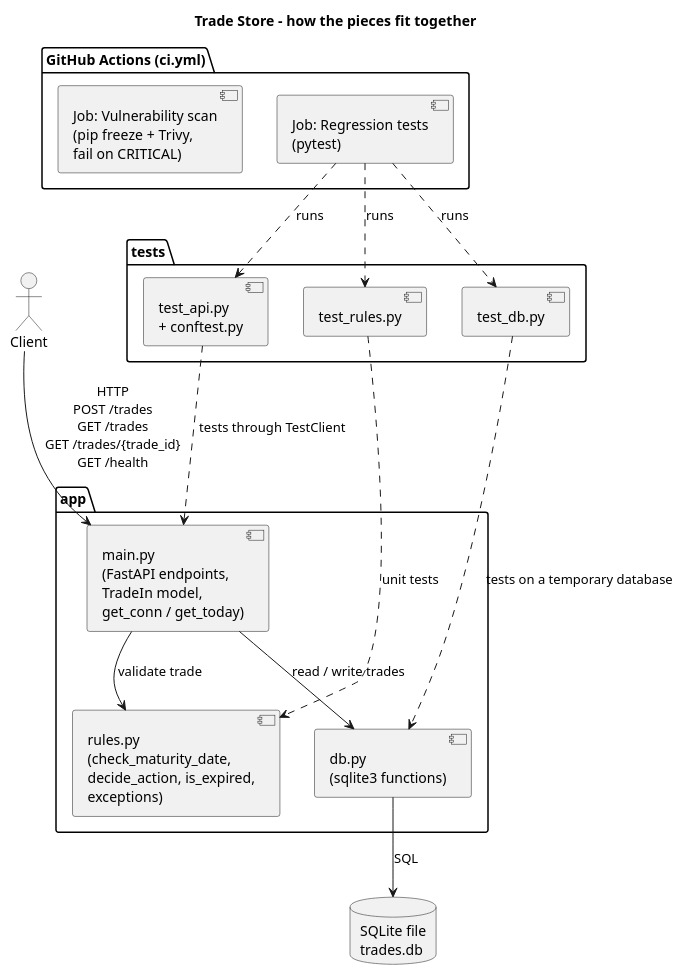
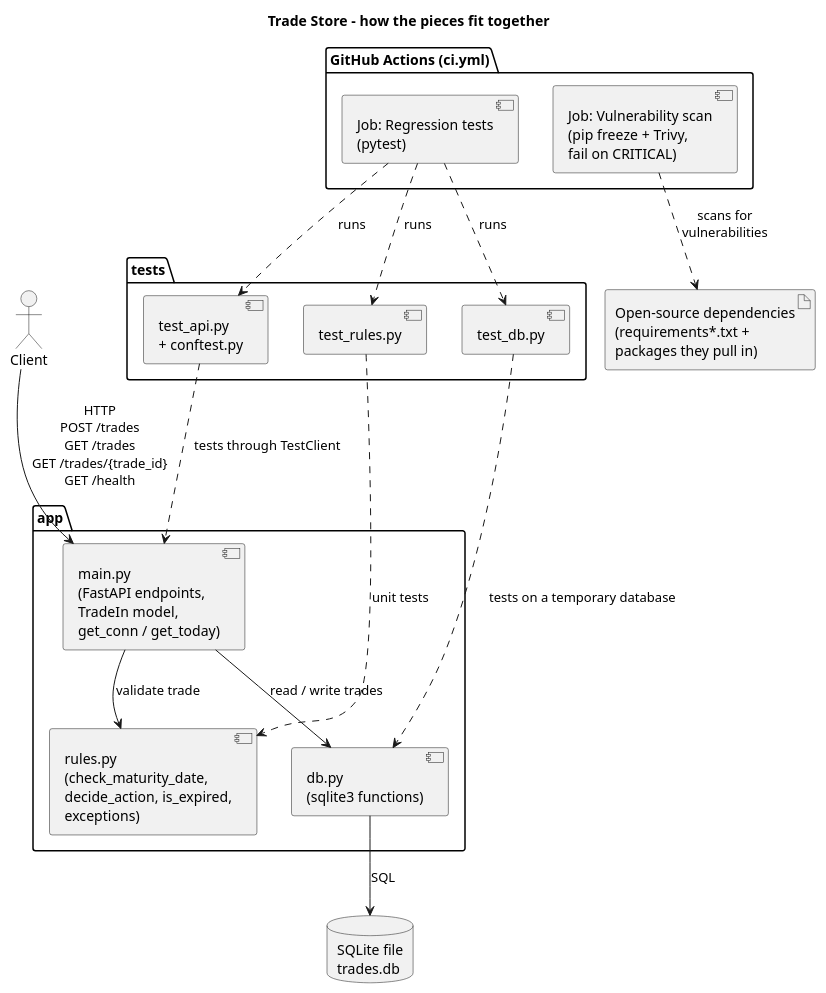
The diagram in docs/diagrams/components.puml (nishantarya4/deutsche-assign), drawn with PlantUML before and after one commit. The commit also changed 3 other files, not shown here.

First line of the commit message:
docs: show rendered diagrams, CI badge and build instructions in README

```diff
--- a/docs/diagrams/components.puml
+++ b/docs/diagrams/components.puml
@@ -1,38 +1,41 @@
 @startuml components
 title Trade Store - how the pieces fit together
 
 actor Client
 
 package "app" {
   component "main.py\n(FastAPI endpoints,\nTradeIn model,\nget_conn / get_today)" as Main
   component "rules.py\n(check_maturity_date,\ndecide_action, is_expired,\nexceptions)" as Rules
   component "db.py\n(sqlite3 functions)" as DB
 }
 
 database "SQLite file\ntrades.db" as SQLite
+
+artifact "Open-source dependencies\n(requirements*.txt +\npackages they pull in)" as Deps
 
 package "tests" {
   component "test_rules.py" as TRules
   component "test_db.py" as TDB
   component "test_api.py\n+ conftest.py" as TAPI
 }
 
 package "GitHub Actions (ci.yml)" {
   component "Job: Regression tests\n(pytest)" as CITest
   component "Job: Vulnerability scan\n(pip freeze + Trivy,\nfail on CRITICAL)" as CIScan
 }
 
 Client --> Main : HTTP\nPOST /trades\nGET /trades\nGET /trades/{trade_id}\nGET /health
 Main --> Rules : validate trade
 Main --> DB : read / write trades
 DB --> SQLite : SQL
 
 TRules ..> Rules : unit tests
 TDB ..> DB : tests on a temporary database
 TAPI ..> Main : tests through TestClient
 
 CITest ..> TRules : runs
 CITest ..> TDB : runs
 CITest ..> TAPI : runs
+CIScan ..> Deps : scans for\nvulnerabilities
 
 @enduml
```
